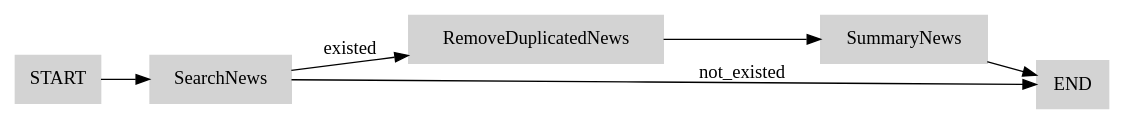
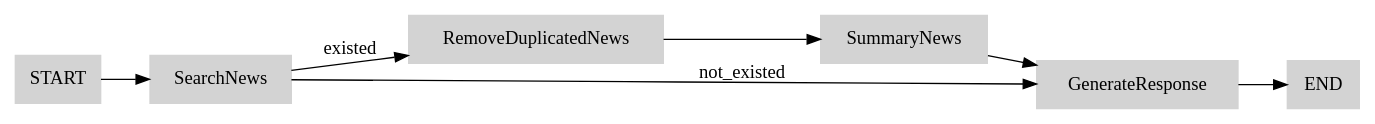
Before and after one commit to xi-jjun/cs-helper: the diagram in news_agent/flow_charts/logic_flow.dot, drawn with Graphviz. The commit also changed 3 other files, not shown here.

```diff
--- a/news_agent/flow_charts/logic_flow.dot
+++ b/news_agent/flow_charts/logic_flow.dot
@@ -1,12 +1,13 @@
 digraph NewsAgent {
     rankdir=LR;
     node [shape=box, style=filled, color=lightgray];
 
     START -> SearchNews;
 
     SearchNews -> RemoveDuplicatedNews [label="existed"];
-    SearchNews -> END [label="not_existed"];
 
     RemoveDuplicatedNews -> SummaryNews;
-    SummaryNews -> END;
+    SummaryNews -> GenerateResponse;
+    SearchNews -> GenerateResponse [label="not_existed"];
+    GenerateResponse -> END;
 }
```
